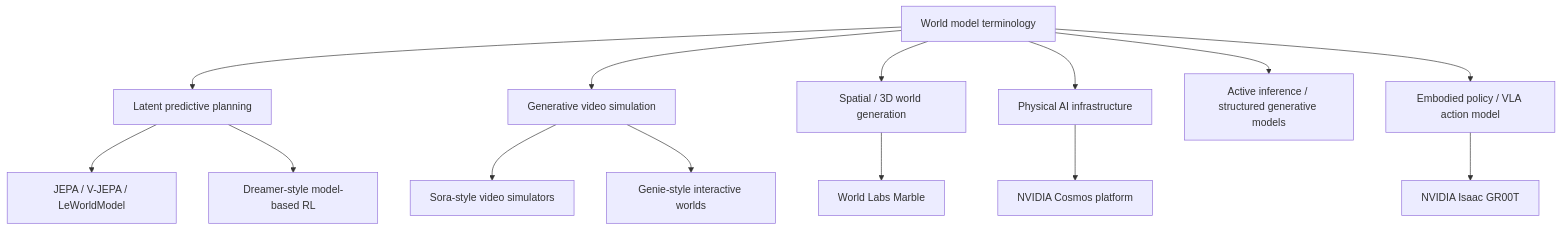
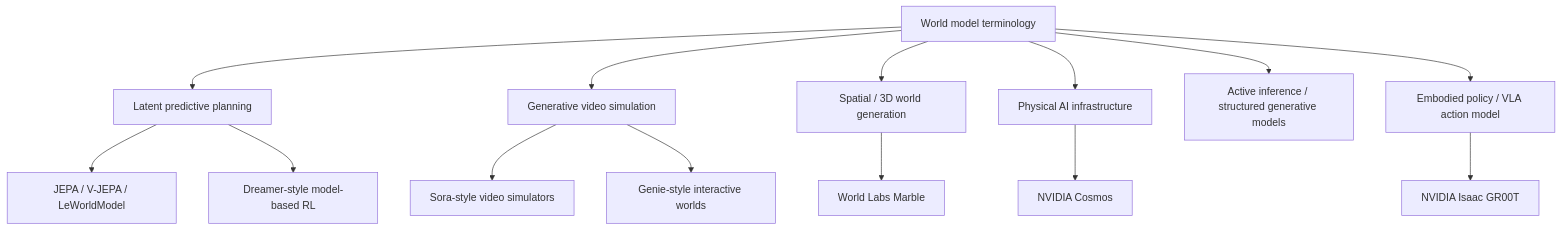
Before and after one commit to omarespejel/worldforge: the first of 2 diagrams in docs/src/world-model-taxonomy.md, drawn with Mermaid. The commit also changed other lines of this file and 11 other files, not shown here.

````diff
--- a/docs/src/world-model-taxonomy.md
+++ b/docs/src/world-model-taxonomy.md
@@ -40,18 +40,18 @@
 ```mermaid
 flowchart TD
     WM[World model terminology]
     WM --> Latent[Latent predictive planning]
     WM --> Video[Generative video simulation]
     WM --> Spatial[Spatial / 3D world generation]
     WM --> Infra[Physical AI infrastructure]
     WM --> Active[Active inference / structured generative models]
     WM --> Policy[Embodied policy / VLA action model]
 
     Latent --> JEPA[JEPA / V-JEPA / LeWorldModel]
     Latent --> RL[Dreamer-style model-based RL]
     Video --> Sora[Sora-style video simulators]
     Video --> Genie[Genie-style interactive worlds]
     Spatial --> Marble[World Labs Marble]
-    Infra --> Cosmos[NVIDIA Cosmos platform]
+    Infra --> Cosmos[NVIDIA Cosmos]
     Policy --> Groot[NVIDIA Isaac GR00T]
 ```
````
